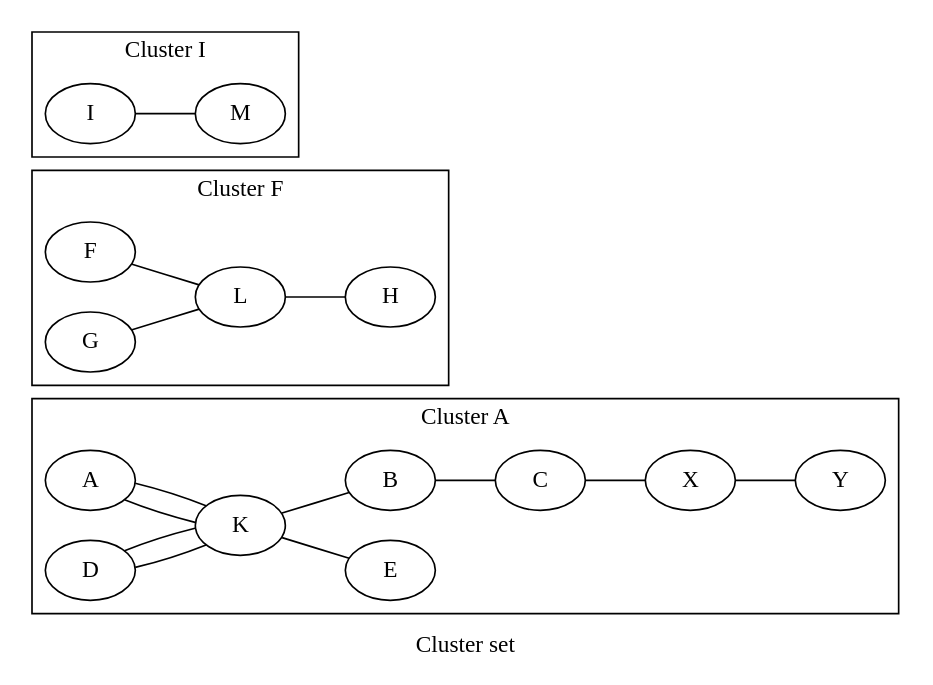
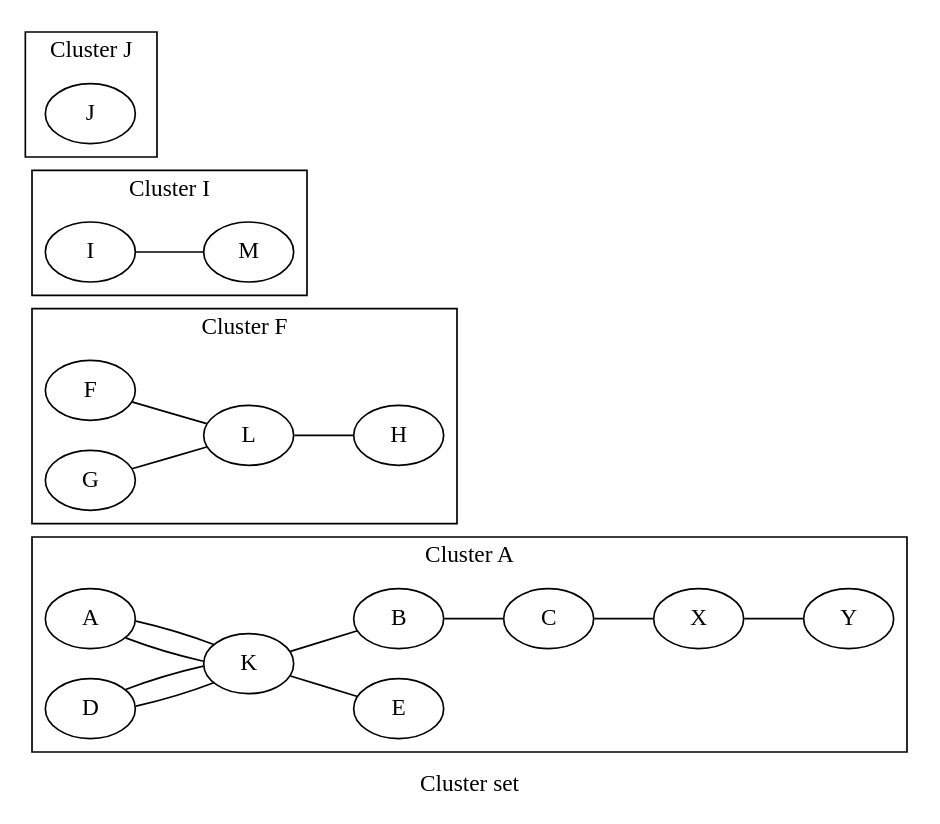
Before and after one commit to graphviz-perl/GraphViz2-Marpa-PathUtils: the diagram in data/14.clusters.out.gv, drawn with Graphviz. The commit also changed 36 other files, not shown here.

```diff
--- a/data/14.clusters.out.gv
+++ b/data/14.clusters.out.gv
@@ -1,67 +1,74 @@
 graph Perl
 {
 graph [ label="Cluster set" rankdir="LR" ]
 
 subgraph "cluster A"
 {
 graph [ label="Cluster A" rankdir="LR" ]
 
 "A"
 "K"
 "A" -- "K" [ label="" ]
 "D"
 "K"
 "D" -- "K" [ label="" ]
 "K"
 "E"
 "K" -- "E" [ label="" ]
 }
 
 subgraph "cluster A"
 {
 graph [ label="Cluster A" rankdir="LR" ]
 
 "A"
 "K"
 "A" -- "K" [ label="" ]
 "B"
 "C"
 "B" -- "C" [ label="" ]
 "C"
 "X"
 "C" -- "X" [ label="" ]
 "D"
 "K"
 "D" -- "K" [ label="" ]
 "K"
 "B"
 "K" -- "B" [ label="" ]
 "X"
 "Y"
 "X" -- "Y" [ label="" ]
 }
 
 subgraph "cluster F"
 {
 graph [ label="Cluster F" rankdir="LR" ]
 
 "F"
 "L"
 "F" -- "L" [ label="" ]
 "G"
 "L"
 "G" -- "L" [ label="" ]
 "L"
 "H"
 "L" -- "H" [ label="" ]
 }
 
 subgraph "cluster I"
 {
 graph [ label="Cluster I" rankdir="LR" ]
 
 "I"
 "M"
 "I" -- "M" [ label="" ]
 }
+
+subgraph "cluster J"
+{
+graph [ label="Cluster J" rankdir="LR" ]
+
+"J"
 }
+}
```
